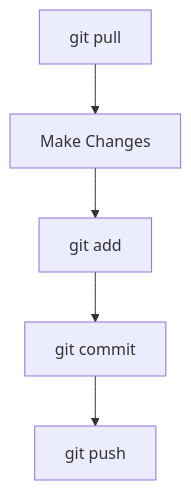
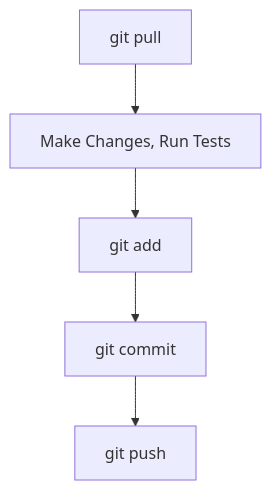
Before and after one commit to ShafayetSadi/ms-git-and-github: the diagram in lessons/02-github/C-getting-code-from-github.md.md, drawn with Mermaid. The commit also changed other lines of this file and 3 other files, not shown here.

````diff
--- a/lessons/02-github/C-getting-code-from-github.md.md
+++ b/lessons/02-github/C-getting-code-from-github.md.md
@@ -153,7 +155,7 @@
 ```mermaid
 flowchart TD
-    A[git pull] --> B[Make Changes]
+    A[git pull] --> B[Make Changes, Run Tests]
     B --> C[git add]
     C --> D[git commit]
     D --> E[git push]
 ```
````
